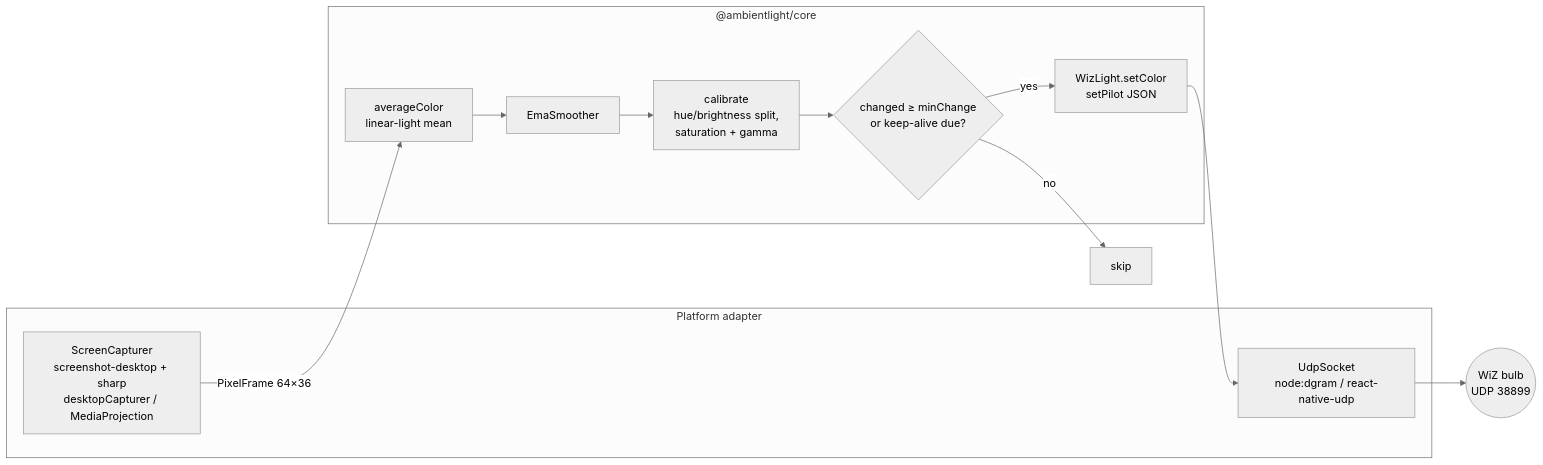
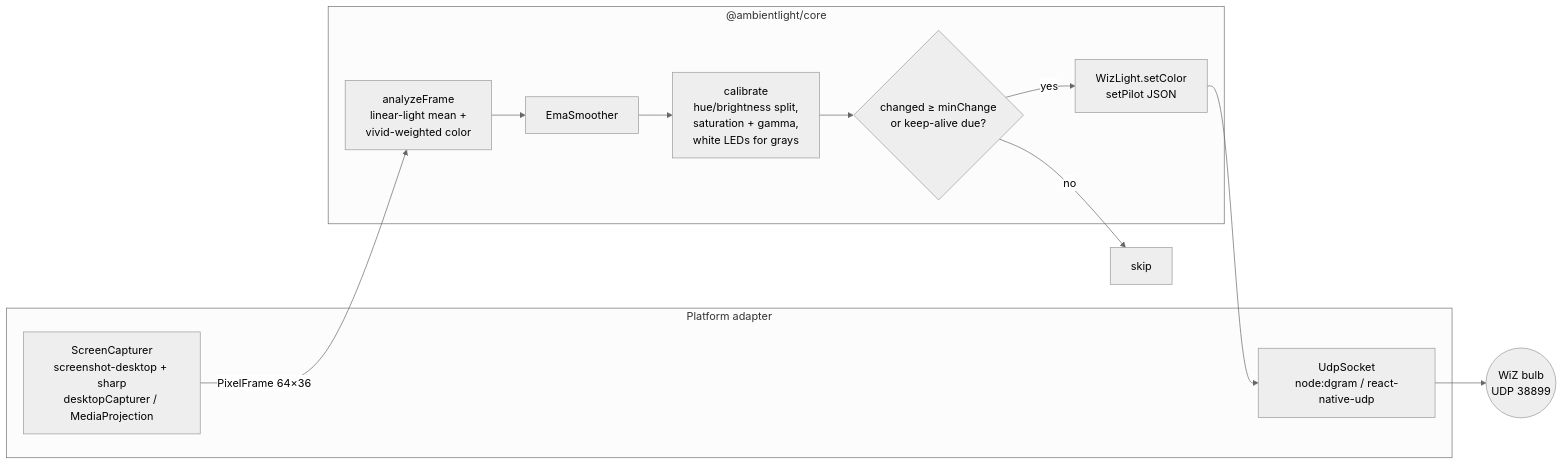
Before and after one commit to egaexplorer/AmbientLight: the diagram in docs/ARCHITECTURE.md, drawn with Mermaid (neutral theme). The commit also changed other lines of this file and 17 other files, not shown here.

First line of the commit message:
feat: white LEDs for gray scenes and hue from vivid screen areas

````diff
--- a/docs/ARCHITECTURE.md
+++ b/docs/ARCHITECTURE.md
@@ -9,18 +9,18 @@
 ```mermaid
 flowchart LR
   subgraph Platform adapter
     CAP[ScreenCapturer<br/>screenshot-desktop + sharp<br/>desktopCapturer / MediaProjection]
     UDP[UdpSocket<br/>node:dgram / react-native-udp]
   end
   subgraph "@ambientlight/core"
-    AVG[averageColor<br/>linear-light mean]
+    AVG[analyzeFrame<br/>linear-light mean +<br/>vivid-weighted color]
     EMA[EmaSmoother]
-    CAL[calibrate<br/>hue/brightness split,<br/>saturation + gamma]
+    CAL[calibrate<br/>hue/brightness split,<br/>saturation + gamma,<br/>white LEDs for grays]
     GATE{changed ≥ minChange<br/>or keep-alive due?}
     WIZ[WizLight.setColor<br/>setPilot JSON]
   end
   BULB((WiZ bulb<br/>UDP 38899))
 
   CAP -->|PixelFrame 64×36| AVG --> EMA --> CAL --> GATE -->|yes| WIZ --> UDP --> BULB
   GATE -->|no| SKIP[skip]
 ```
````
